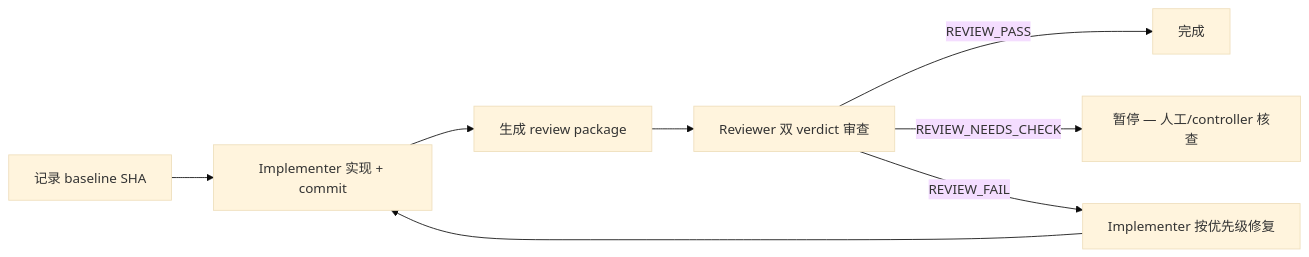
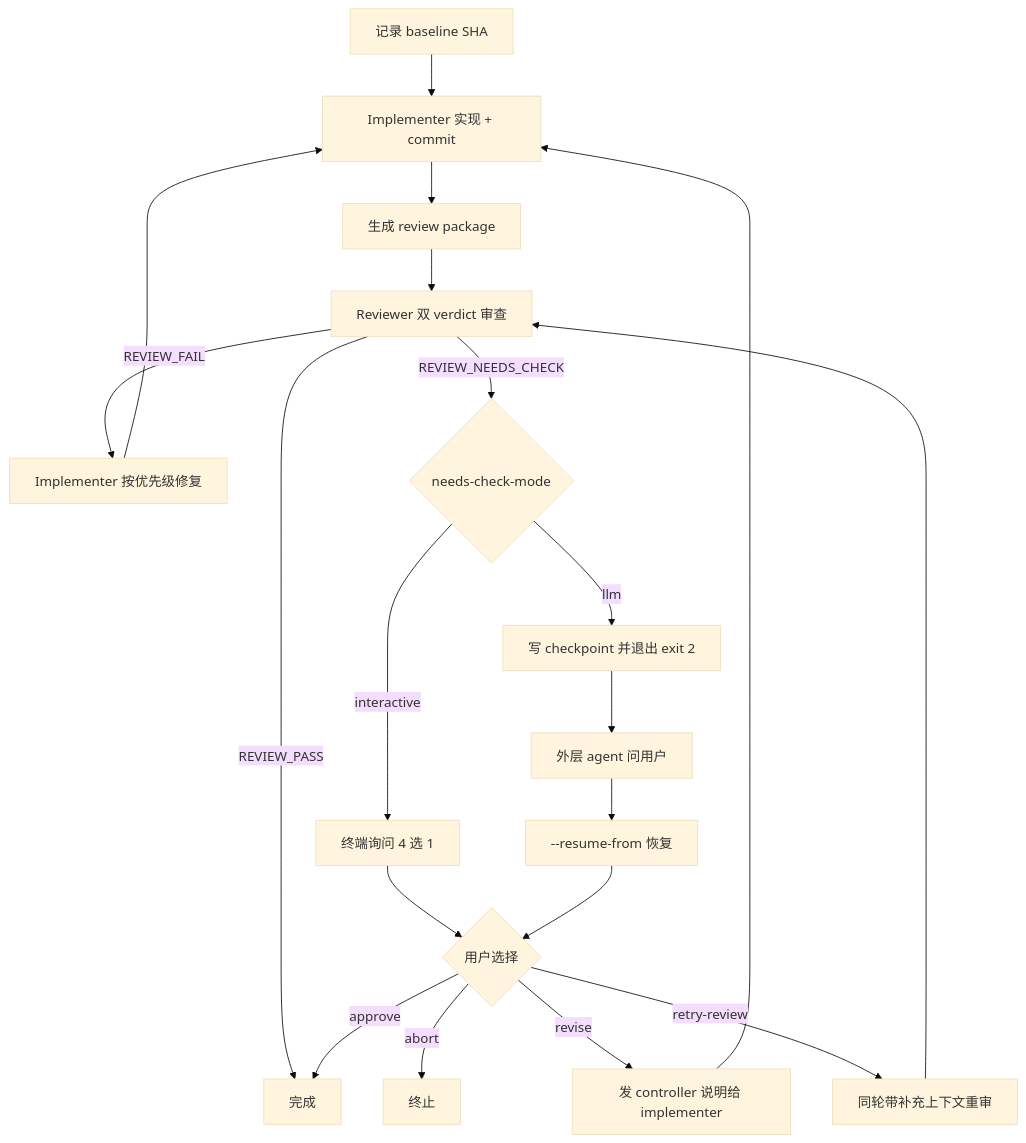
Before and after one commit to lunoob/mini-orchestrator: the diagram in README.md, drawn with Mermaid (base theme). The commit also changed other lines of this file and 9 other files, not shown here.

First line of the commit message:
Implement needs-check functionality in orchestrator workflow

````diff
--- a/README.md
+++ b/README.md
@@ -46,10 +50,22 @@
 ```mermaid
-flowchart LR
+flowchart TD
     A[记录 baseline SHA] --> B[Implementer 实现 + commit]
     B --> C[生成 review package]
     C --> D[Reviewer 双 verdict 审查]
     D -->|REVIEW_PASS| E[完成]
-    D -->|REVIEW_NEEDS_CHECK| H[暂停 — 人工/controller 核查]
     D -->|REVIEW_FAIL| F[Implementer 按优先级修复]
     F --> B
+    D -->|REVIEW_NEEDS_CHECK| G{needs-check-mode}
+    G -->|interactive| H[终端询问 4 选 1]
+    G -->|llm| I[写 checkpoint 并退出 exit 2]
+    I --> J[外层 agent 问用户]
+    J --> K[--resume-from 恢复]
+    H --> L{用户选择}
+    K --> L
+    L -->|approve| E
+    L -->|abort| M[终止]
+    L -->|revise| N[发 controller 说明给 implementer]
+    L -->|retry-review| O[同轮带补充上下文重审]
+    N --> B
+    O --> D
 ```
````
